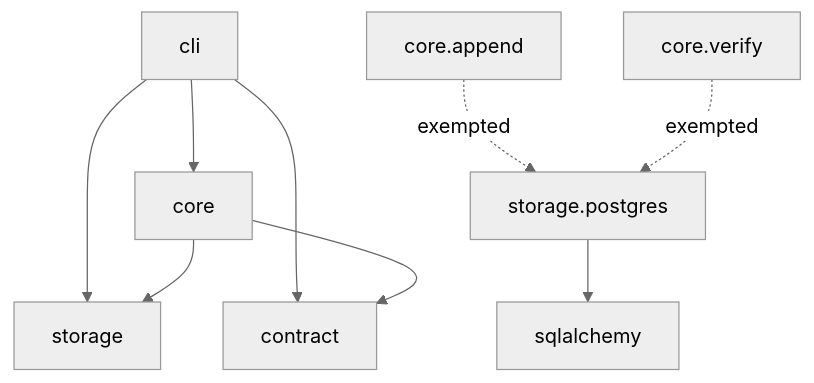
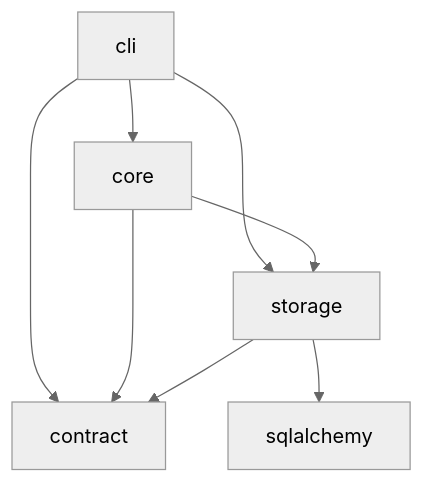
One commit to jensens/previously changed the diagram in docs/explanation/module-boundaries.md. Above: the diagram before and after it, drawn with Mermaid (neutral theme). The commit also changed other lines of this file and 13 other files, not shown here.

````diff
--- a/docs/explanation/module-boundaries.md
+++ b/docs/explanation/module-boundaries.md
@@ -19,13 +20,12 @@
 ```{mermaid}
-:caption: The import edges of stage 1a, with the two exempted edges dashed.
+:caption: The import edges after stage 1b: all six the layer order permits, and not one of them exempted.
 
 graph TD
     cli[cli] --> core[core]
     cli --> storage[storage]
     cli --> contract[contract]
     core --> storage
     core --> contract
-    append["core.append"] -. exempted .-> postgres["storage.postgres"]
-    verify["core.verify"] -. exempted .-> postgres
-    postgres --> sqlalchemy[sqlalchemy]
+    storage --> contract
+    storage --> sqlalchemy[sqlalchemy]
 ```
````
